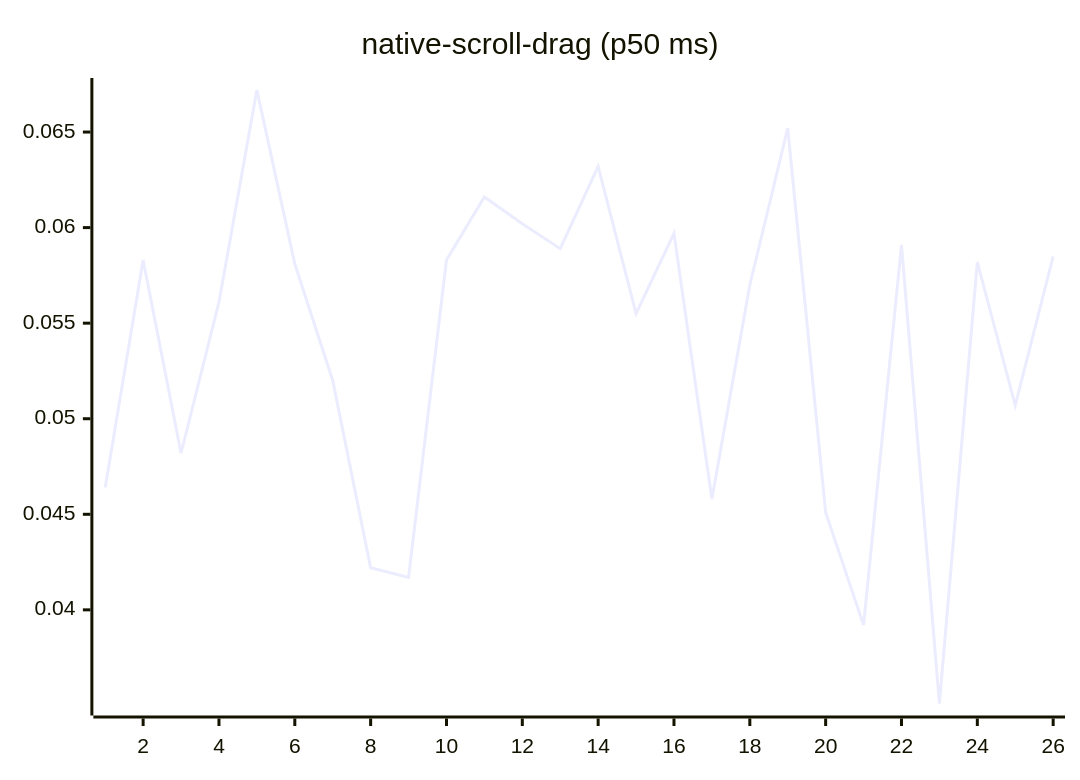
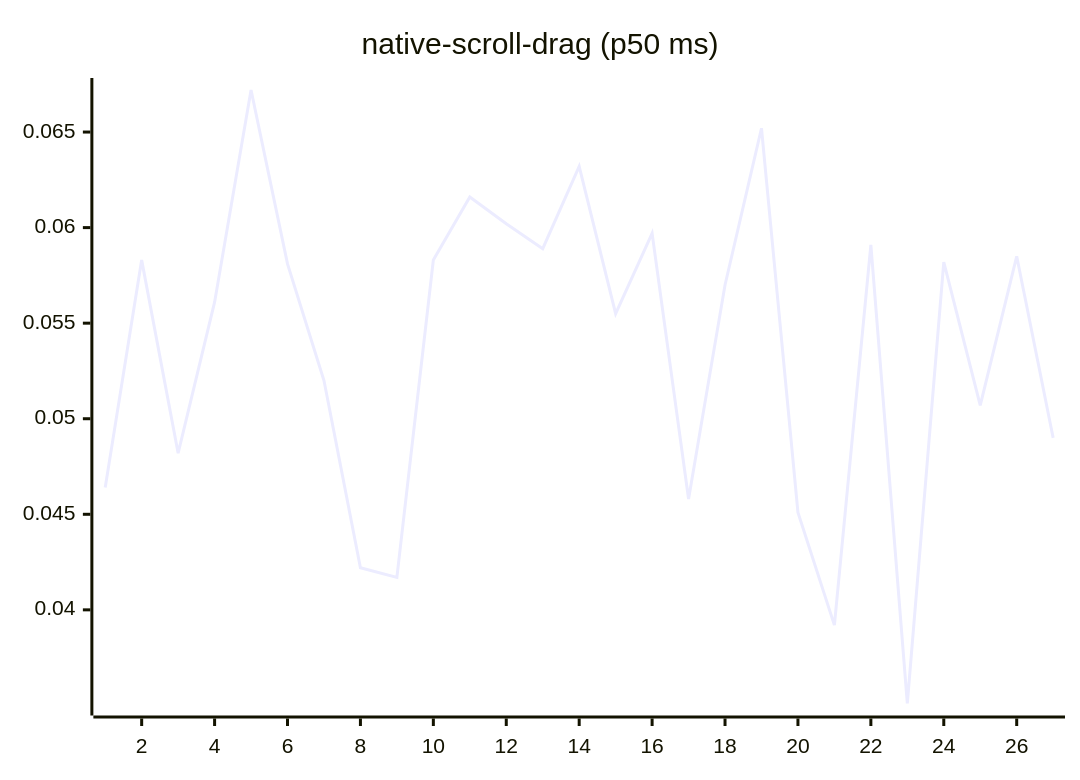
Before and after one commit to josha/Facet: diagram 14 of 27 in README.md, drawn with Mermaid. The commit also changed other lines of this file and 2 other files, not shown here.

````diff
--- a/README.md
+++ b/README.md
@@ -154,6 +154,6 @@
 ```mermaid
 xychart-beta
     title "native-scroll-drag (p50 ms)"
-    x-axis 1 --> 26
-    line [0.0464, 0.0583, 0.0482, 0.0561, 0.0672, 0.0581, 0.0520, 0.0422, 0.0417, 0.0583, 0.0616, 0.0602, 0.0589, 0.0632, 0.0555, 0.0597, 0.0458, 0.0570, 0.0652, 0.0451, 0.0392, 0.0591, 0.0351, 0.0582, 0.0507, 0.0585]
+    x-axis 1 --> 27
+    line [0.0464, 0.0583, 0.0482, 0.0561, 0.0672, 0.0581, 0.0520, 0.0422, 0.0417, 0.0583, 0.0616, 0.0602, 0.0589, 0.0632, 0.0555, 0.0597, 0.0458, 0.0570, 0.0652, 0.0451, 0.0392, 0.0591, 0.0351, 0.0582, 0.0507, 0.0585, 0.0490]
 ```
````
